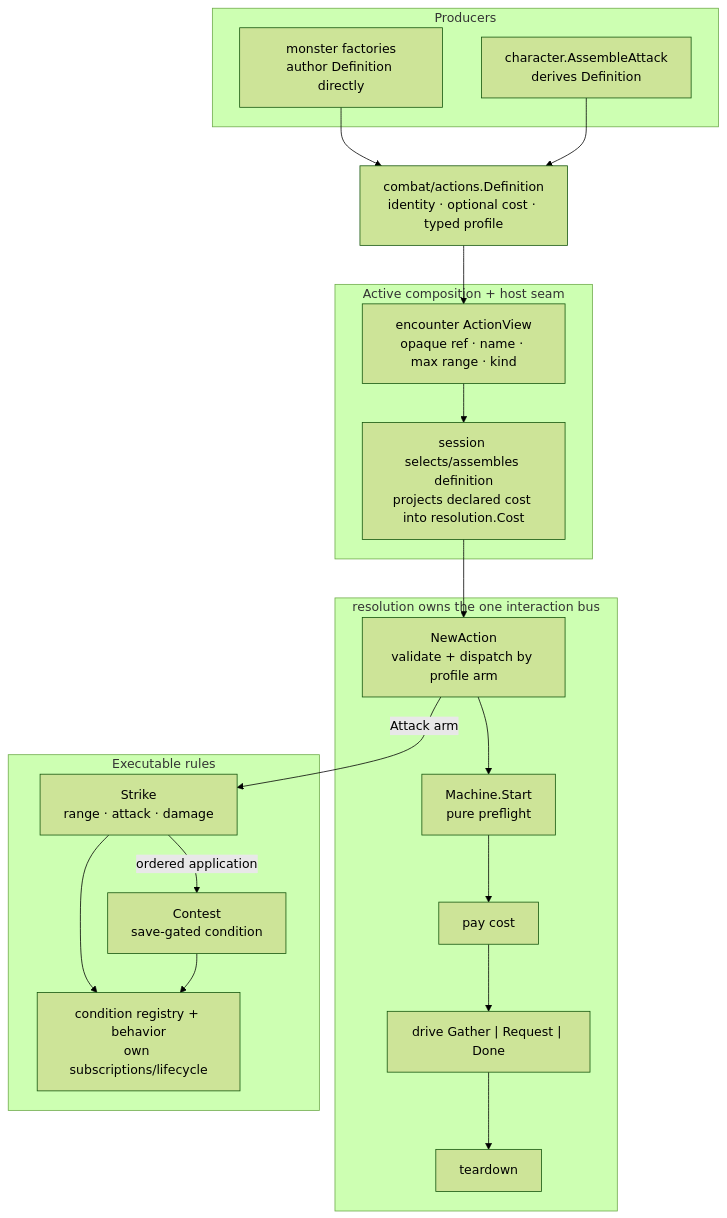
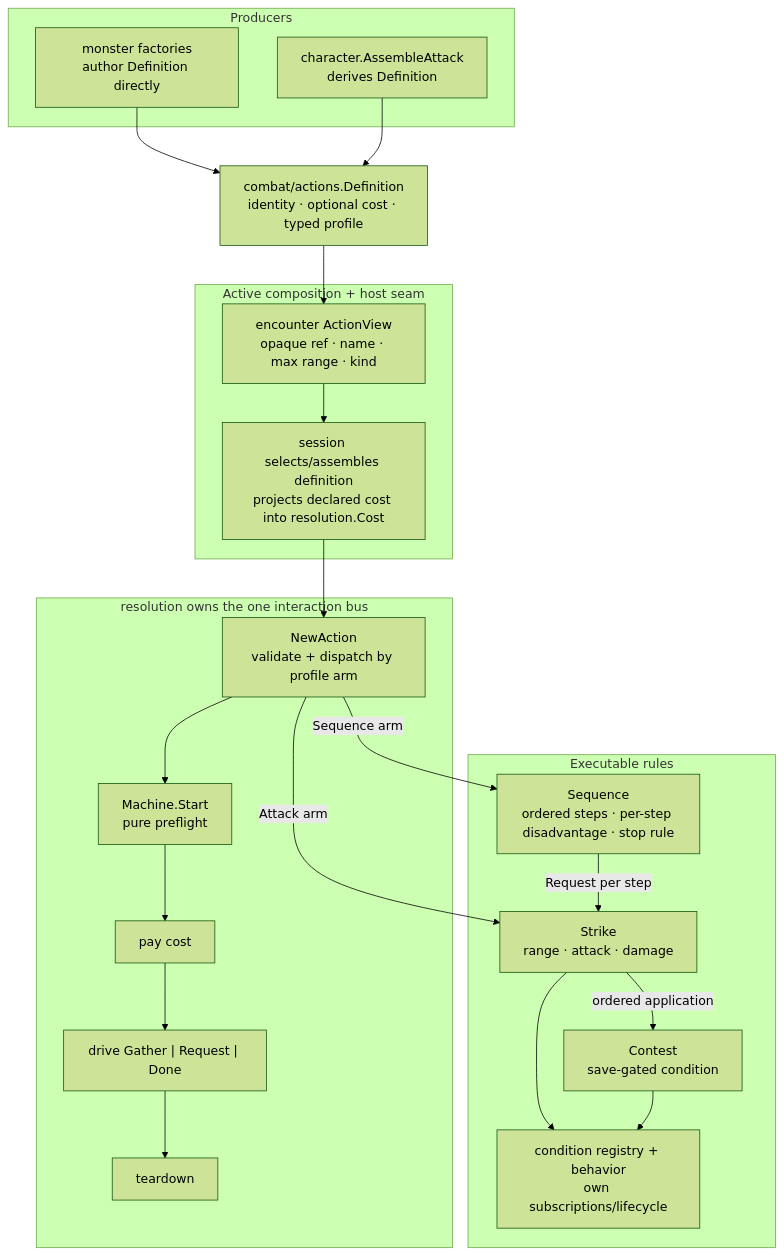
The diagram in rulebooks/dnd5e/resolution/ARCHITECTURE.md (KirkDiggler/rpg-toolkit), drawn with Mermaid (forest theme) before and after one commit. The commit also changed other lines of this file and 11 other files, not shown here.

First line of the commit message:
feat(resolution): the sequence machine runs a script of strikes (#1848)

````diff
--- a/rulebooks/dnd5e/resolution/ARCHITECTURE.md
+++ b/rulebooks/dnd5e/resolution/ARCHITECTURE.md
@@ -5,37 +5,40 @@
 ```mermaid
 flowchart TB
     subgraph PRODUCERS["Producers"]
         MON["monster factories\nauthor Definition directly"]
         CHAR["character.AssembleAttack\nderives Definition"]
     end
 
     DEF["combat/actions.Definition\nidentity · optional cost · typed profile"]
 
     subgraph SESSION["Active composition + host seam"]
         VIEW["encounter ActionView\nopaque ref · name · max range · kind"]
         SEAM["session selects/assembles definition\nprojects declared cost into resolution.Cost"]
     end
 
     subgraph RESOLUTION["resolution owns the one interaction bus"]
         NEW["NewAction\nvalidate + dispatch by profile arm"]
         START["Machine.Start\npure preflight"]
         PAY["pay cost"]
         DRIVE["drive Gather | Request | Done"]
         TEAR["teardown"]
     end
 
     subgraph RULES["Executable rules"]
+        SEQ["Sequence\nordered steps · per-step disadvantage · stop rule"]
         STRIKE["Strike\nrange · attack · damage"]
         CONTEST["Contest\nsave-gated condition"]
         CONDITIONS["condition registry + behavior\nown subscriptions/lifecycle"]
     end
 
     MON --> DEF
     CHAR --> DEF
     DEF --> VIEW --> SEAM
     SEAM --> NEW --> START --> PAY --> DRIVE --> TEAR
     NEW -->|Attack arm| STRIKE
+    NEW -->|Sequence arm| SEQ
+    SEQ -->|Request per step| STRIKE
     STRIKE -->|ordered application| CONTEST
     STRIKE --> CONDITIONS
     CONTEST --> CONDITIONS
 ```
````
